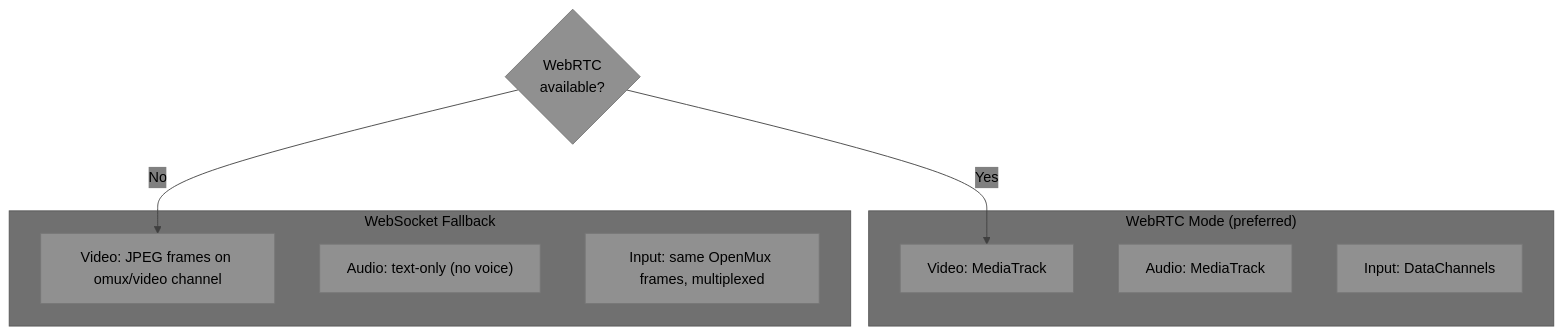
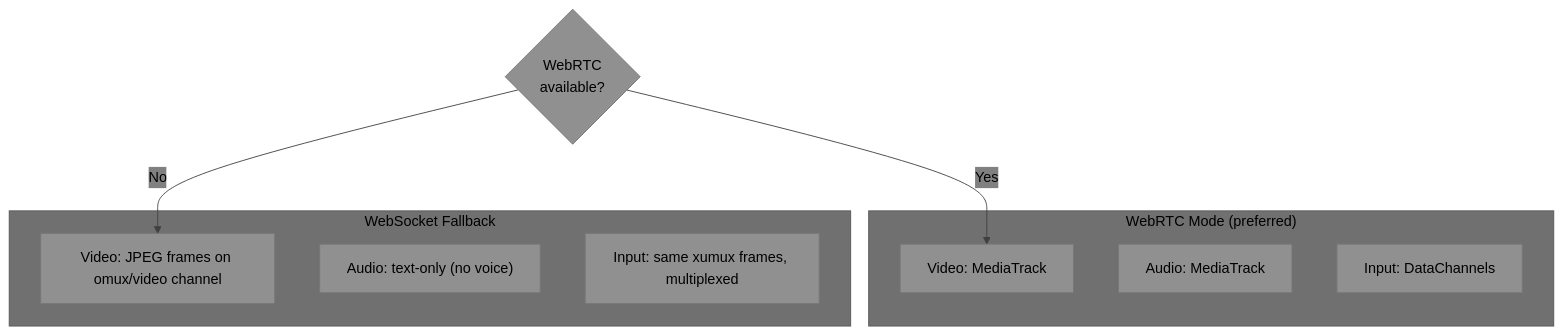
Diagram 22 of 23 in VROOM-Graphical.md (deftai/vroom), drawn with Mermaid before and after one commit. The commit also changed other lines of this file and 3 other files, not shown here.

First line of the commit message:
docs: rename OpenMux to xumux and update links to xumux.org

````diff
--- a/VROOM-Graphical.md
+++ b/VROOM-Graphical.md
@@ -847,19 +847,19 @@
 ```mermaid
 %%{init: {'theme': 'base', 'themeVariables': {'primaryTextColor': '#000000', 'secondaryTextColor': '#000000', 'tertiaryTextColor': '#000000', 'noteTextColor': '#000000', 'primaryColor': '#909090', 'secondaryColor': '#808080', 'tertiaryColor': '#707070', 'lineColor': '#404040'}}}%%
 graph TD
     subgraph "WebRTC Mode (preferred)"
         WR1["Video: MediaTrack"]
         WR2["Audio: MediaTrack"]
         WR3["Input: DataChannels"]
     end
 
     subgraph "WebSocket Fallback"
         WS1["Video: JPEG frames on omux/video channel"]
         WS2["Audio: text-only (no voice)"]
-        WS3["Input: same OpenMux frames, multiplexed"]
+        WS3["Input: same xumux frames, multiplexed"]
     end
 
     F{WebRTC<br/>available?}
     F -->|Yes| WR1
     F -->|No| WS1
 ```
````
